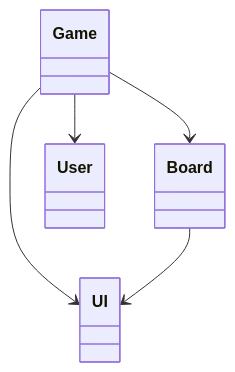
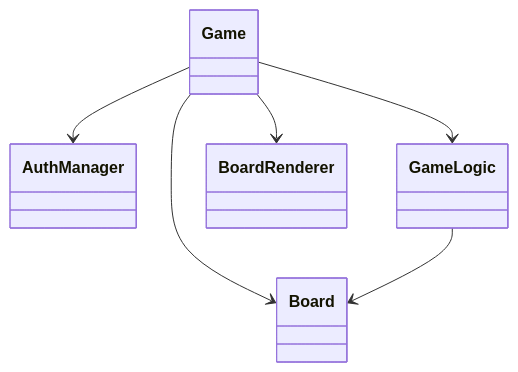
Before and after one commit to aleveste/harjoitusty-: the first of 2 diagrams in dokumentaatio/arkkitehtuuri.md, drawn with Mermaid. The commit also changed other lines of this file, not shown here.

````diff
--- a/dokumentaatio/arkkitehtuuri.md
+++ b/dokumentaatio/arkkitehtuuri.md
@@ -3,15 +11,20 @@
 ```mermaid
 classDiagram
-    class Game 
+    class Game
 
-    class Board 
+    class AuthManager
 
-    class UI
+    class Board
 
-    class User
+    class GameLogic {
+    }
 
-    Game --> User
+    class BoardRenderer
+
+    Game --> AuthManager
     Game --> Board
-    Game --> UI
-    Board --> UI
+    Game --> GameLogic
+    Game --> BoardRenderer
+
+    GameLogic --> Board
 ```
````
